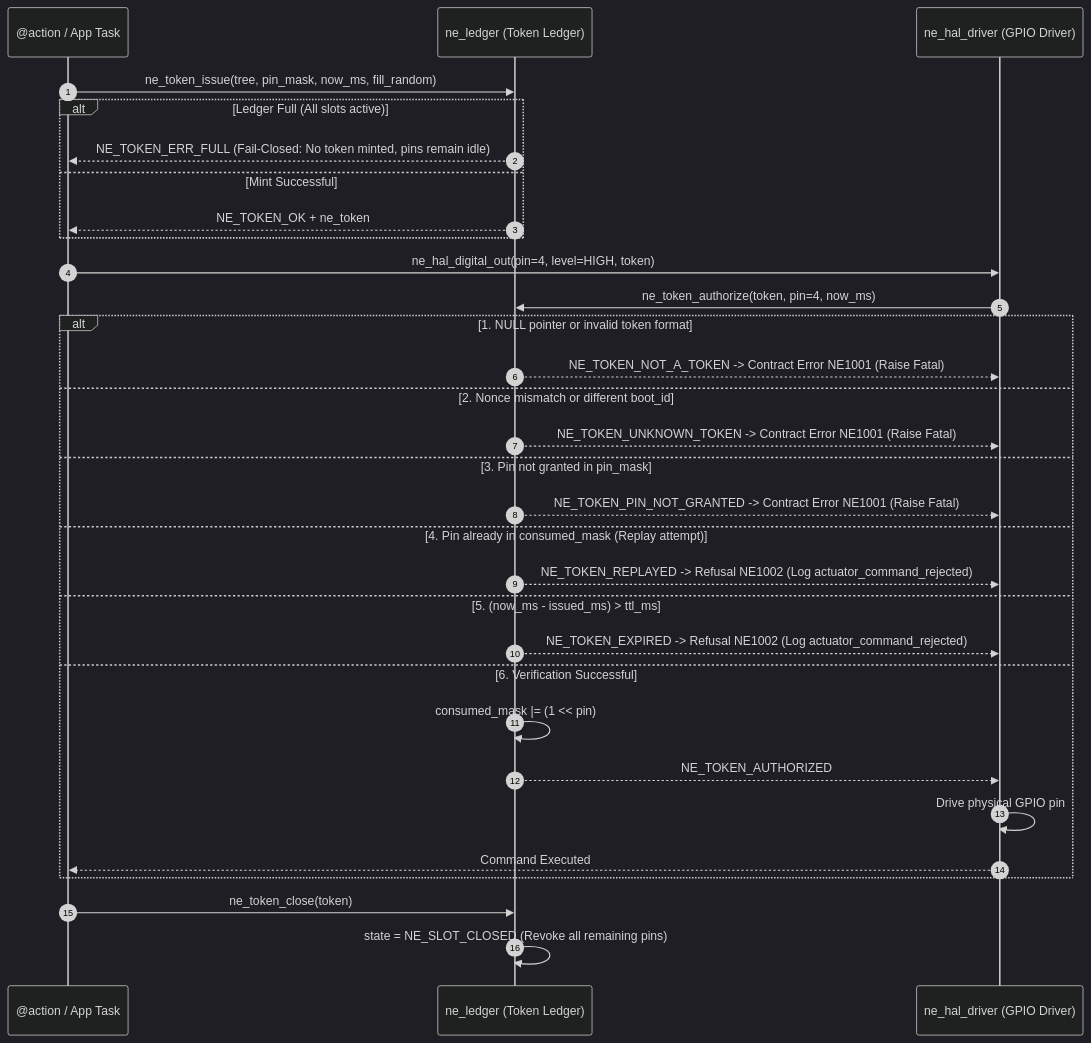
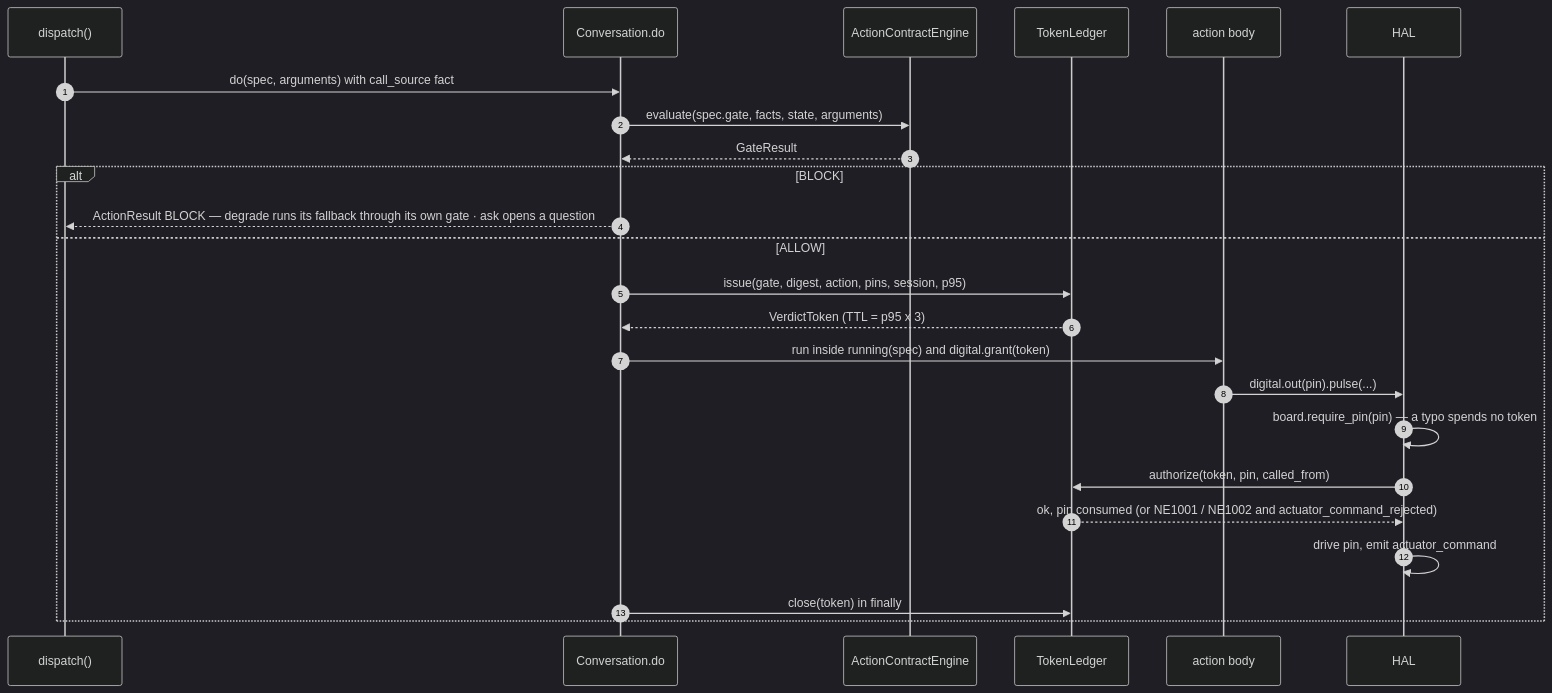
The third of 5 diagrams in docs/architecture/en/05-code-gate-hal-c4l4.md (letrongminh/neuroedge-init), drawn with Mermaid (dark theme) before and after one commit. The commit also changed other lines of this file and 63 other files, not shown here.

First line of the commit message:
docs(architecture): rebuild the suite from main — C4 L1–L4, deployment, ADR, NFR, VI/EN

````diff
--- a/docs/architecture/en/05-code-gate-hal-c4l4.md
+++ b/docs/architecture/en/05-code-gate-hal-c4l4.md
@@ -370,37 +139,26 @@
 ```mermaid
 sequenceDiagram
     autonumber
-    participant App as @action / App Task
-    participant L as ne_ledger (Token Ledger)
-    participant HAL as ne_hal_driver (GPIO Driver)
-    
-    App->>L: ne_token_issue(tree, pin_mask, now_ms, fill_random)
-    alt Ledger Full (All slots active)
-        L-->>App: NE_TOKEN_ERR_FULL (Fail-Closed: No token minted, pins remain idle)
-    else Mint Successful
-        L-->>App: NE_TOKEN_OK + ne_token
+    participant D as dispatch()
+    participant C as Conversation.do
+    participant E as ActionContractEngine
+    participant L as TokenLedger
+    participant A as action body
+    participant H as HAL
+    D->>C: do(spec, arguments) with call_source fact
+    C->>E: evaluate(spec.gate, facts, state, arguments)
+    E-->>C: GateResult
+    alt BLOCK
+        C-->>D: ActionResult BLOCK — degrade runs its fallback through its own gate · ask opens a question
+    else ALLOW
+        C->>L: issue(gate, digest, action, pins, session, p95)
+        L-->>C: VerdictToken (TTL = p95 x 3)
+        C->>A: run inside running(spec) and digital.grant(token)
+        A->>H: digital.out(pin).pulse(...)
+        H->>H: board.require_pin(pin) — a typo spends no token
+        H->>L: authorize(token, pin, called_from)
+        L-->>H: ok, pin consumed (or NE1001 / NE1002 and actuator_command_rejected)
+        H->>H: drive pin, emit actuator_command
+        C->>L: close(token) in finally
     end
-
-    App->>HAL: ne_hal_digital_out(pin=4, level=HIGH, token)
-    HAL->>L: ne_token_authorize(token, pin=4, now_ms)
-    
-    alt 1. NULL pointer or invalid token format
-        L-->>HAL: NE_TOKEN_NOT_A_TOKEN -> Contract Error NE1001 (Raise Fatal)
-    else 2. Nonce mismatch or different boot_id
-        L-->>HAL: NE_TOKEN_UNKNOWN_TOKEN -> Contract Error NE1001 (Raise Fatal)
-    else 3. Pin not granted in pin_mask
-        L-->>HAL: NE_TOKEN_PIN_NOT_GRANTED -> Contract Error NE1001 (Raise Fatal)
-    else 4. Pin already in consumed_mask (Replay attempt)
-        L-->>HAL: NE_TOKEN_REPLAYED -> Refusal NE1002 (Log actuator_command_rejected)
-    else 5. (now_ms - issued_ms) > ttl_ms
-        L-->>HAL: NE_TOKEN_EXPIRED -> Refusal NE1002 (Log actuator_command_rejected)
-    else 6. Verification Successful
-        L->>L: consumed_mask |= (1 << pin)
-        L-->>HAL: NE_TOKEN_AUTHORIZED
-        HAL->>HAL: Drive physical GPIO pin
-        HAL-->>App: Command Executed
-    end
-
-    App->>L: ne_token_close(token)
-    L->>L: state = NE_SLOT_CLOSED (Revoke all remaining pins)
 ```
````
